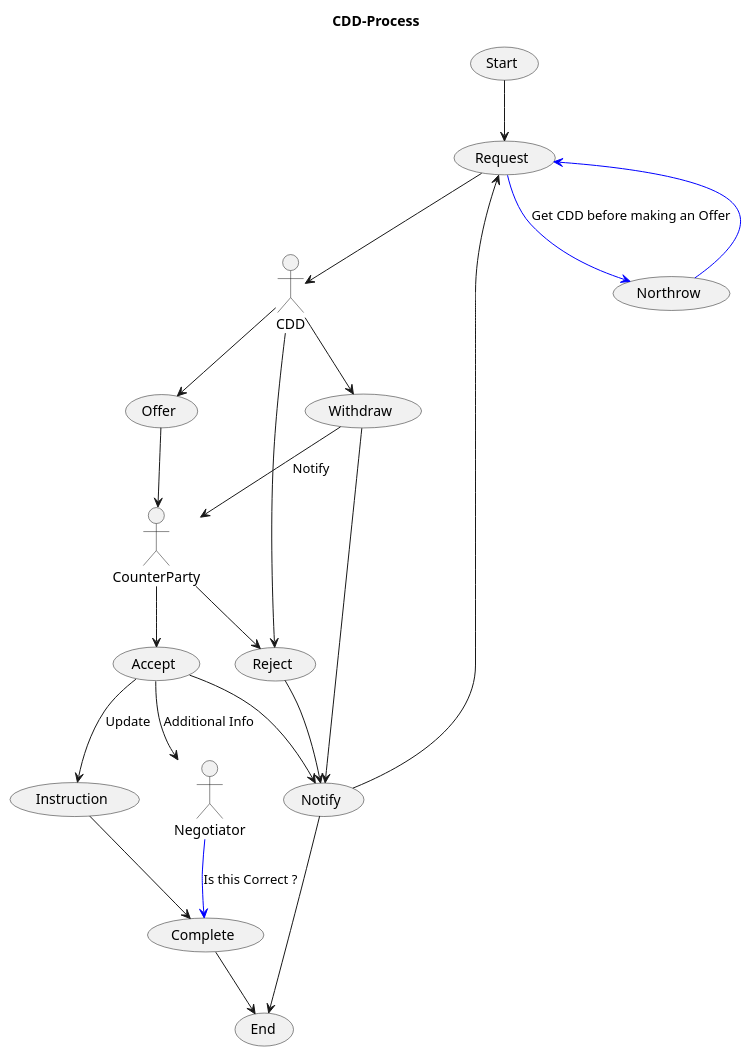
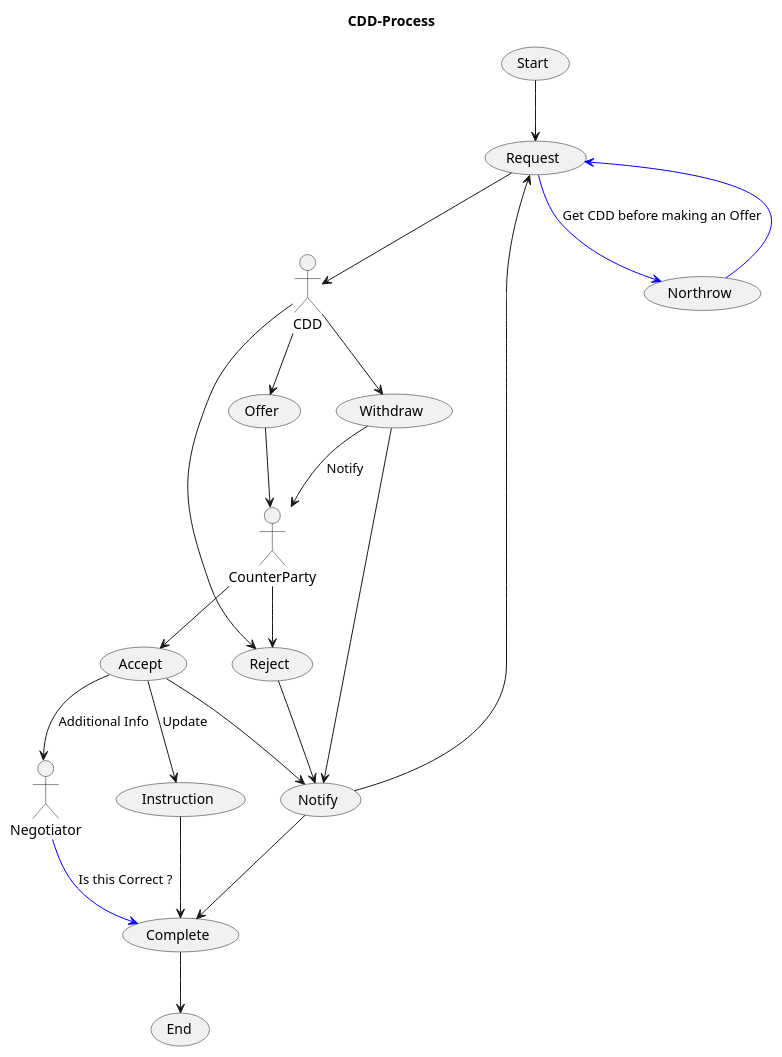
Before and after one commit to Kf-GaryNewport/Kf-GaryNewport.github.io: the diagram in assets/CDD-Process.puml, drawn with PlantUML.

```diff
--- a/assets/CDD-Process.puml
+++ b/assets/CDD-Process.puml
@@ -1,33 +1,33 @@
 @startuml CDDProcess
 
 title CDD-Process
 
 (Start) --> (Request)
 (Request) --> CDD
 (Request) -[#0000FF]-> (Northrow) : Get CDD before making an Offer
 (Northrow) -[#0000FF]-> (Request)  
   
 CounterParty --> (Accept)
 (Offer) --> CounterParty
 CounterParty --> (Reject)
 
 CDD --> Offer
 CDD --> (Withdraw)
 CDD --> (Reject)
 (Withdraw) --> CounterParty : Notify
 
 (Accept) --> (Notify)
 (Accept) --> Negotiator : Additional Info
 (Accept) --> (Instruction) : Update
 Negotiator -[#0000FF]-> (Complete) : Is this Correct ?
 (Instruction) --> (Complete) 
 
 (Reject) --> (Notify)
 (Withdraw) --> (Notify)
 
 (Notify) --> (Request)
-(Notify) --> (End)
+(Notify) --> (Complete)
 
 (Complete) --> (End)
 
 @enduml
```
